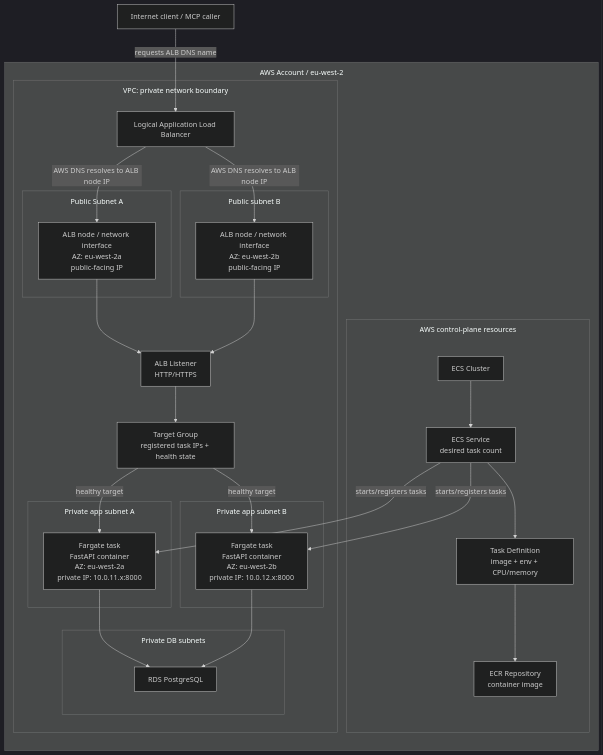
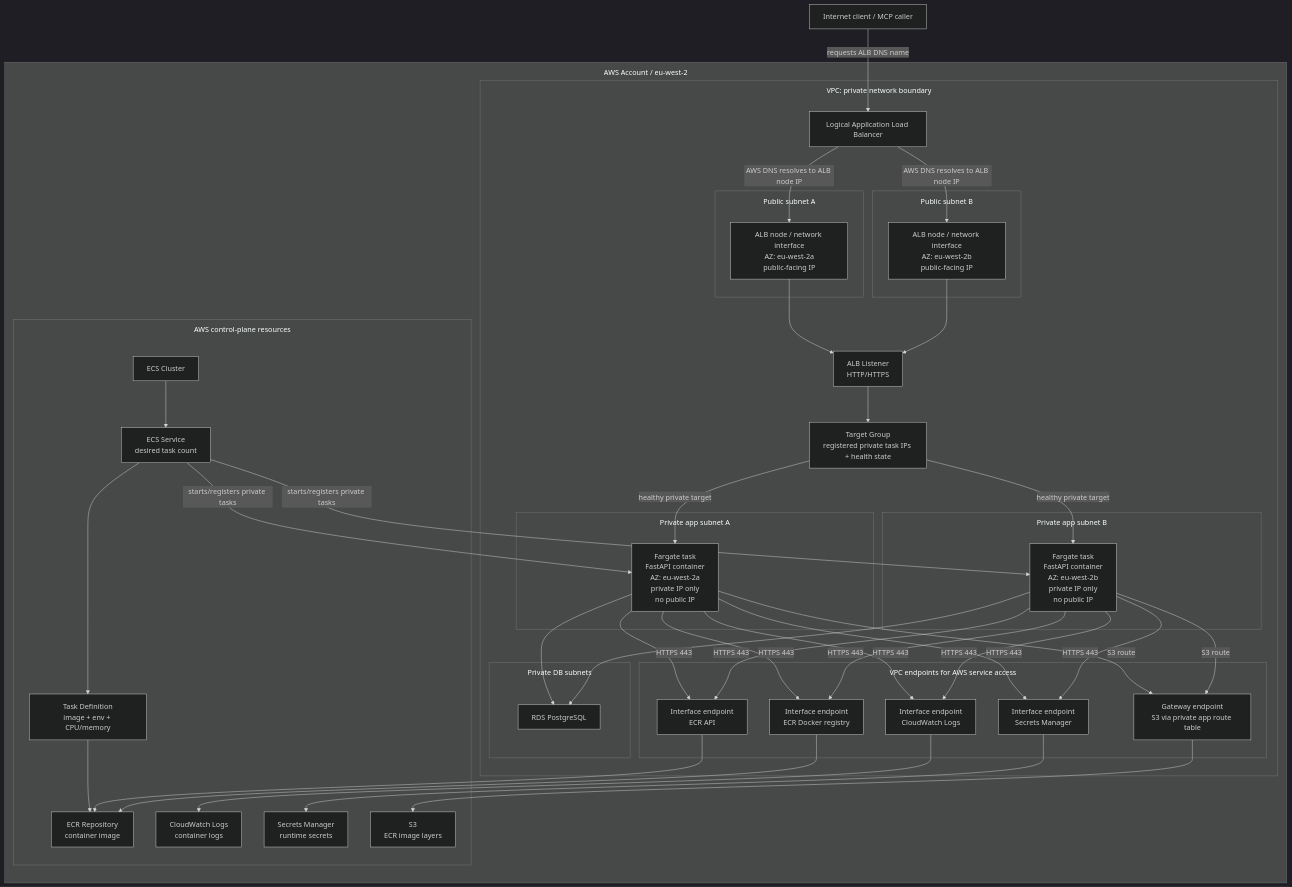
Before and after one commit to keithataylor/aws-python-service-platform: the diagram in docs/aws_deployment_target.md, drawn with Mermaid (dark theme). The commit also changed other lines of this file and 9 other files, not shown here.

First line of the commit message:
Move ECS tasks to private subnets with VPC endpoints (#3)

````diff
--- a/docs/aws_deployment_target.md
+++ b/docs/aws_deployment_target.md
@@ -74,15 +75,18 @@
             ECSService["ECS Service<br/>desired task count"]
             TaskDef["Task Definition<br/>image + env + CPU/memory"]
             ECR["ECR Repository<br/>container image"]
+            Logs["CloudWatch Logs<br/>container logs"]
+            Secrets["Secrets Manager<br/>runtime secrets"]
+            S3["S3<br/>ECR image layers"]
         end
 
         subgraph VPC["VPC: private network boundary"]
 
             ALB["Logical Application Load Balancer"]
             Listener["ALB Listener<br/>HTTP/HTTPS"]
-            TG["Target Group<br/>registered task IPs + health state"]
+            TG["Target Group<br/>registered private task IPs + health state"]
 
-            subgraph PublicA["Public Subnet A"]
+            subgraph PublicA["Public subnet A"]
                 ALBNodeA["ALB node / network interface<br/>AZ: eu-west-2a<br/>public-facing IP"]
             end
 
@@ -91,11 +95,19 @@
             end
 
             subgraph PrivateAppA["Private app subnet A"]
-                TaskA["Fargate task<br/>FastAPI container<br/>AZ: eu-west-2a<br/>private IP: 10.0.11.x:8000"]
+                TaskA["Fargate task<br/>FastAPI container<br/>AZ: eu-west-2a<br/>private IP only<br/>no public IP"]
             end
 
             subgraph PrivateAppB["Private app subnet B"]
-                TaskB["Fargate task<br/>FastAPI container<br/>AZ: eu-west-2b<br/>private IP: 10.0.12.x:8000"]
+                TaskB["Fargate task<br/>FastAPI container<br/>AZ: eu-west-2b<br/>private IP only<br/>no public IP"]
+            end
+
+            subgraph VPCEndpoints["VPC endpoints for AWS service access"]
+                EcrApiVpce["Interface endpoint<br/>ECR API"]
+                EcrDkrVpce["Interface endpoint<br/>ECR Docker registry"]
+                LogsVpce["Interface endpoint<br/>CloudWatch Logs"]
+                SecretsVpce["Interface endpoint<br/>Secrets Manager"]
+                S3GatewayVpce["Gateway endpoint<br/>S3 via private app route table"]
             end
 
             subgraph PrivateDB["Private DB subnets"]
@@ -111,15 +123,33 @@
     ALBNodeA --> Listener
     ALBNodeB --> Listener
     Listener --> TG
-    TG -->|"healthy target"| TaskA
-    TG -->|"healthy target"| TaskB
+    TG -->|"healthy private target"| TaskA
+    TG -->|"healthy private target"| TaskB
 
     ECSCluster --> ECSService
     ECSService --> TaskDef
     TaskDef --> ECR
-    ECSService -->|"starts/registers tasks"| TaskA
-    ECSService -->|"starts/registers tasks"| TaskB
+    ECSService -->|"starts/registers private tasks"| TaskA
+    ECSService -->|"starts/registers private tasks"| TaskB
 
     TaskA --> RDS
     TaskB --> RDS
+
+    TaskA -->|"HTTPS 443"| EcrApiVpce
+    TaskA -->|"HTTPS 443"| EcrDkrVpce
+    TaskA -->|"HTTPS 443"| LogsVpce
+    TaskA -->|"HTTPS 443"| SecretsVpce
+    TaskA -->|"S3 route"| S3GatewayVpce
+
+    TaskB -->|"HTTPS 443"| EcrApiVpce
+    TaskB -->|"HTTPS 443"| EcrDkrVpce
+    TaskB -->|"HTTPS 443"| LogsVpce
+    TaskB -->|"HTTPS 443"| SecretsVpce
+    TaskB -->|"S3 route"| S3GatewayVpce
+
+    EcrApiVpce --> ECR
+    EcrDkrVpce --> ECR
+    LogsVpce --> Logs
+    SecretsVpce --> Secrets
+    S3GatewayVpce --> S3
 ```
````
